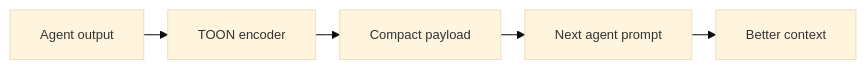
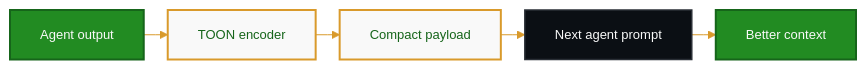
The fifth of 10 diagrams in docs/diagrams.md (Hassaan146/agentic-ai-workflow), drawn with Mermaid before and after one commit. The commit also changed other lines of this file, not shown here.

Commit message:
Apply dark luxury Mermaid theme

````diff
--- a/docs/diagrams.md
+++ b/docs/diagrams.md
@@ -129,8 +161,16 @@
 ```mermaid
-%%{init: {'theme': 'base', 'flowchart': {'nodeSpacing': 18, 'rankSpacing': 24, 'curve': 'linear'}, 'themeVariables': {'fontSize': '13px'}}}%%
+%%{init: {'theme': 'base', 'flowchart': {'nodeSpacing': 18, 'rankSpacing': 24, 'curve': 'linear'}, 'themeVariables': {'fontSize': '13px', 'primaryColor': '#228B22', 'primaryTextColor': '#F9F9F9', 'primaryBorderColor': '#16651A', 'lineColor': '#D99A2B', 'secondaryColor': '#F9F9F9', 'secondaryTextColor': '#101418', 'secondaryBorderColor': '#D99A2B', 'tertiaryColor': '#0B0F14', 'tertiaryTextColor': '#F9F9F9', 'tertiaryBorderColor': '#2A2F36', 'background': '#070B10', 'mainBkg': '#228B22', 'secondBkg': '#F9F9F9', 'textColor': '#F9F9F9', 'edgeLabelBackground': '#0B0F14'}}}%%
 flowchart LR
     A["Agent output"] --> B["TOON encoder"]
     B --> C["Compact payload"]
     C --> D["Next agent prompt"]
     D --> E["Better context"]
+
+    classDef primary fill:#228B22,stroke:#16651A,color:#F9F9F9,stroke-width:2px;
+    classDef dark fill:#0B0F14,stroke:#2A2F36,color:#F9F9F9,stroke-width:1.5px;
+    classDef toon fill:#F9F9F9,stroke:#D99A2B,color:#16651A,stroke-width:2px;
+    classDef decision fill:#F9F9F9,stroke:#D99A2B,color:#101418,stroke-width:2px;
+    class A,E primary;
+    class B,C toon;
+    class D dark;
 ```
````
